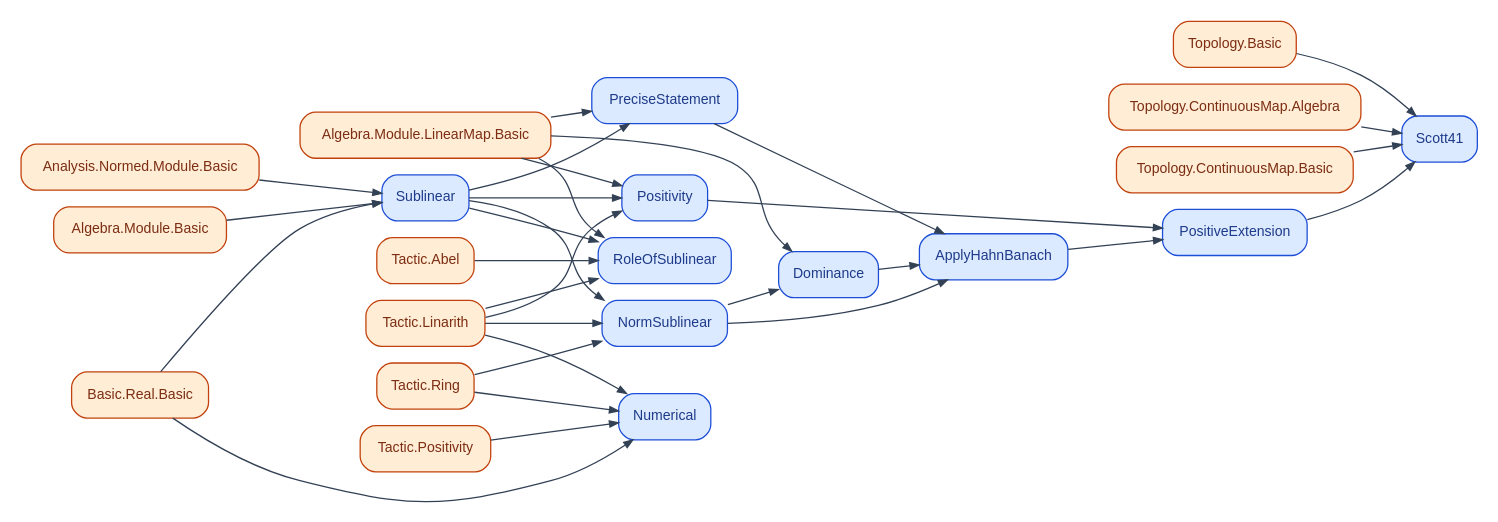
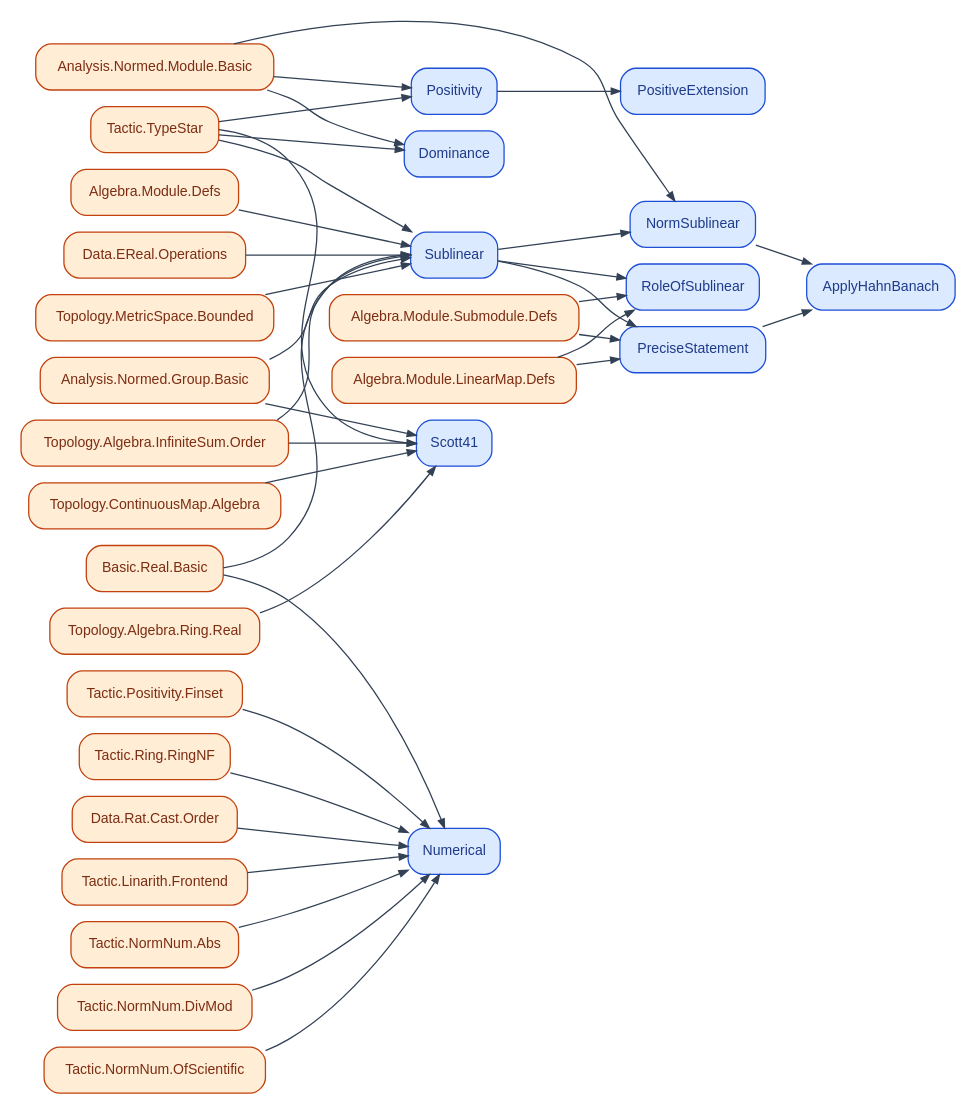
The diagram in figures/deps/Course21640.dot (catskillsresearch/BachelorsInMeasurementTheory), drawn with Graphviz before and after one commit. The commit also changed 44 other files, not shown here.

Commit message:
Regenerate course Lean dependency Graphviz figures after the import shake.

```diff
--- a/figures/deps/Course21640.dot
+++ b/figures/deps/Course21640.dot
@@ -1,59 +1,72 @@
 digraph Course21640 {
   rankdir=LR;
   graph [nodesep=0.18, ranksep=0.45, pad=0.12, bgcolor="white"];
   node [shape=box, style="rounded,filled", fontname="Helvetica", fontsize=11];
   edge [color="#334155", arrowsize=0.7];
 
-  LAlgebraModuleBasic [label="Algebra.Module.Basic", fillcolor="#ffedd5", color="#c2410c", fontcolor="#7c2d12"];
-  LAlgebraModuleLinearMapBasic [label="Algebra.Module.LinearMap.Basic", fillcolor="#ffedd5", color="#c2410c", fontcolor="#7c2d12"];
+  LAlgebraModuleDefs [label="Algebra.Module.Defs", fillcolor="#ffedd5", color="#c2410c", fontcolor="#7c2d12"];
+  LAlgebraModuleLinearMapDefs [label="Algebra.Module.LinearMap.Defs", fillcolor="#ffedd5", color="#c2410c", fontcolor="#7c2d12"];
+  LAlgebraModuleSubmoduleDefs [label="Algebra.Module.Submodule.Defs", fillcolor="#ffedd5", color="#c2410c", fontcolor="#7c2d12"];
+  LAnalysisNormedGroupBasic [label="Analysis.Normed.Group.Basic", fillcolor="#ffedd5", color="#c2410c", fontcolor="#7c2d12"];
   LAnalysisNormedModuleBasic [label="Analysis.Normed.Module.Basic", fillcolor="#ffedd5", color="#c2410c", fontcolor="#7c2d12"];
   LBasicRealBasic [label="Basic.Real.Basic", fillcolor="#ffedd5", color="#c2410c", fontcolor="#7c2d12"];
-  LTacticAbel [label="Tactic.Abel", fillcolor="#ffedd5", color="#c2410c", fontcolor="#7c2d12"];
-  LTacticLinarith [label="Tactic.Linarith", fillcolor="#ffedd5", color="#c2410c", fontcolor="#7c2d12"];
-  LTacticPositivity [label="Tactic.Positivity", fillcolor="#ffedd5", color="#c2410c", fontcolor="#7c2d12"];
-  LTacticRing [label="Tactic.Ring", fillcolor="#ffedd5", color="#c2410c", fontcolor="#7c2d12"];
-  LTopologyBasic [label="Topology.Basic", fillcolor="#ffedd5", color="#c2410c", fontcolor="#7c2d12"];
+  LDataERealOperations [label="Data.EReal.Operations", fillcolor="#ffedd5", color="#c2410c", fontcolor="#7c2d12"];
+  LDataRatCastOrder [label="Data.Rat.Cast.Order", fillcolor="#ffedd5", color="#c2410c", fontcolor="#7c2d12"];
+  LTacticLinarithFrontend [label="Tactic.Linarith.Frontend", fillcolor="#ffedd5", color="#c2410c", fontcolor="#7c2d12"];
+  LTacticNormNumAbs [label="Tactic.NormNum.Abs", fillcolor="#ffedd5", color="#c2410c", fontcolor="#7c2d12"];
+  LTacticNormNumDivMod [label="Tactic.NormNum.DivMod", fillcolor="#ffedd5", color="#c2410c", fontcolor="#7c2d12"];
+  LTacticNormNumOfScientific [label="Tactic.NormNum.OfScientific", fillcolor="#ffedd5", color="#c2410c", fontcolor="#7c2d12"];
+  LTacticPositivityFinset [label="Tactic.Positivity.Finset", fillcolor="#ffedd5", color="#c2410c", fontcolor="#7c2d12"];
+  LTacticRingRingNF [label="Tactic.Ring.RingNF", fillcolor="#ffedd5", color="#c2410c", fontcolor="#7c2d12"];
+  LTacticTypeStar [label="Tactic.TypeStar", fillcolor="#ffedd5", color="#c2410c", fontcolor="#7c2d12"];
+  LTopologyAlgebraInfiniteSumOrder [label="Topology.Algebra.InfiniteSum.Order", fillcolor="#ffedd5", color="#c2410c", fontcolor="#7c2d12"];
+  LTopologyAlgebraRingReal [label="Topology.Algebra.Ring.Real", fillcolor="#ffedd5", color="#c2410c", fontcolor="#7c2d12"];
   LTopologyContinuousMapAlgebra [label="Topology.ContinuousMap.Algebra", fillcolor="#ffedd5", color="#c2410c", fontcolor="#7c2d12"];
-  LTopologyContinuousMapBasic [label="Topology.ContinuousMap.Basic", fillcolor="#ffedd5", color="#c2410c", fontcolor="#7c2d12"];
+  LTopologyMetricSpaceBounded [label="Topology.MetricSpace.Bounded", fillcolor="#ffedd5", color="#c2410c", fontcolor="#7c2d12"];
   MApplyHahnBanach [label="ApplyHahnBanach", fillcolor="#dbeafe", color="#1d4ed8", fontcolor="#1e3a8a"];
   MDominance [label="Dominance", fillcolor="#dbeafe", color="#1d4ed8", fontcolor="#1e3a8a"];
   MNormSublinear [label="NormSublinear", fillcolor="#dbeafe", color="#1d4ed8", fontcolor="#1e3a8a"];
   MNumerical [label="Numerical", fillcolor="#dbeafe", color="#1d4ed8", fontcolor="#1e3a8a"];
   MPositiveExtension [label="PositiveExtension", fillcolor="#dbeafe", color="#1d4ed8", fontcolor="#1e3a8a"];
   MPositivity [label="Positivity", fillcolor="#dbeafe", color="#1d4ed8", fontcolor="#1e3a8a"];
   MPreciseStatement [label="PreciseStatement", fillcolor="#dbeafe", color="#1d4ed8", fontcolor="#1e3a8a"];
   MRoleOfSublinear [label="RoleOfSublinear", fillcolor="#dbeafe", color="#1d4ed8", fontcolor="#1e3a8a"];
   MScott41 [label="Scott41", fillcolor="#dbeafe", color="#1d4ed8", fontcolor="#1e3a8a"];
   MSublinear [label="Sublinear", fillcolor="#dbeafe", color="#1d4ed8", fontcolor="#1e3a8a"];
 
-  MDominance -> MApplyHahnBanach;
+  MPreciseStatement -> MApplyHahnBanach;
   MNormSublinear -> MApplyHahnBanach;
-  MPreciseStatement -> MApplyHahnBanach;
-  LAlgebraModuleLinearMapBasic -> MDominance;
-  MNormSublinear -> MDominance;
-  LTacticLinarith -> MNormSublinear;
-  LTacticRing -> MNormSublinear;
+  LTacticTypeStar -> MDominance;
+  LAnalysisNormedModuleBasic -> MDominance;
+  LAnalysisNormedModuleBasic -> MNormSublinear;
   MSublinear -> MNormSublinear;
-  LTacticRing -> MNumerical;
+  LTacticNormNumAbs -> MNumerical;
+  LTacticLinarithFrontend -> MNumerical;
+  LTacticNormNumOfScientific -> MNumerical;
+  LTacticRingRingNF -> MNumerical;
   LBasicRealBasic -> MNumerical;
-  LTacticPositivity -> MNumerical;
-  LTacticLinarith -> MNumerical;
+  LTacticPositivityFinset -> MNumerical;
+  LTacticNormNumDivMod -> MNumerical;
+  LDataRatCastOrder -> MNumerical;
   MPositivity -> MPositiveExtension;
-  MApplyHahnBanach -> MPositiveExtension;
-  LTacticLinarith -> MPositivity;
-  LAlgebraModuleLinearMapBasic -> MPositivity;
-  MSublinear -> MPositivity;
-  LAlgebraModuleLinearMapBasic -> MPreciseStatement;
+  LTacticTypeStar -> MPositivity;
+  LAnalysisNormedModuleBasic -> MPositivity;
+  LAlgebraModuleSubmoduleDefs -> MPreciseStatement;
+  LAlgebraModuleLinearMapDefs -> MPreciseStatement;
   MSublinear -> MPreciseStatement;
-  LTacticLinarith -> MRoleOfSublinear;
-  LAlgebraModuleLinearMapBasic -> MRoleOfSublinear;
-  LTacticAbel -> MRoleOfSublinear;
+  LAlgebraModuleSubmoduleDefs -> MRoleOfSublinear;
+  LAlgebraModuleLinearMapDefs -> MRoleOfSublinear;
   MSublinear -> MRoleOfSublinear;
-  LTopologyContinuousMapBasic -> MScott41;
   LTopologyContinuousMapAlgebra -> MScott41;
-  LTopologyBasic -> MScott41;
-  MPositiveExtension -> MScott41;
-  LAnalysisNormedModuleBasic -> MSublinear;
+  LTopologyAlgebraInfiniteSumOrder -> MScott41;
+  LAnalysisNormedGroupBasic -> MScott41;
+  LTopologyAlgebraRingReal -> MScott41;
+  LTacticTypeStar -> MScott41;
+  LTopologyAlgebraInfiniteSumOrder -> MSublinear;
+  LAnalysisNormedGroupBasic -> MSublinear;
+  LTopologyMetricSpaceBounded -> MSublinear;
   LBasicRealBasic -> MSublinear;
-  LAlgebraModuleBasic -> MSublinear;
+  LDataERealOperations -> MSublinear;
+  LTacticTypeStar -> MSublinear;
+  LAlgebraModuleDefs -> MSublinear;
 }
```
